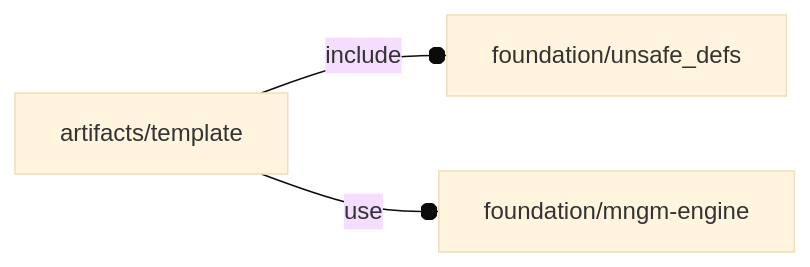
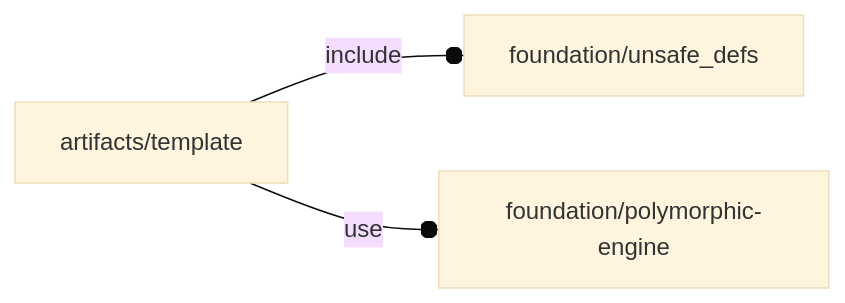
One commit to ggabbiani/OFL changed the diagram in orthodocs/artifacts/template.md. Above: the diagram before and after it, drawn with Mermaid (base theme). The commit also changed other lines of this file and 12 other files, not shown here.

````diff
--- a/orthodocs/artifacts/template.md
+++ b/orthodocs/artifacts/template.md
@@ -5,5 +5,5 @@
 ```mermaid
 graph LR
     A1[artifacts/template] --o|include| A2[foundation/unsafe_defs]
-    A1 --o|use| A3[foundation/mngm-engine]
+    A1 --o|use| A3[foundation/polymorphic-engine]
 ```
````
